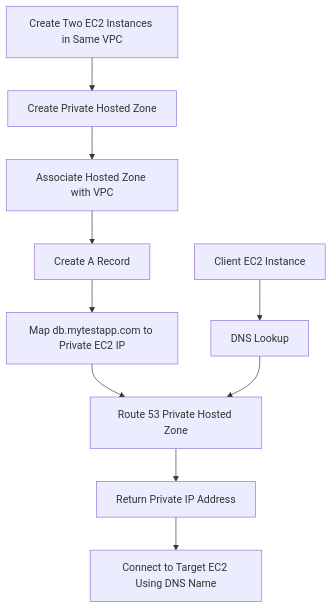
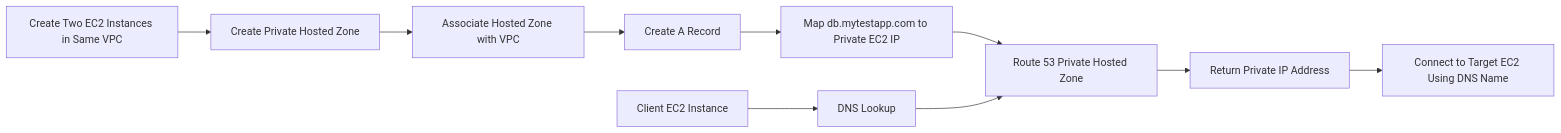
One commit to Viggy06/aws_devops_learning_documentation changed the diagram in docs/projects/17-route53-private-dns.md. Above: the diagram before and after it, drawn with Mermaid. The commit also changed other lines of this file and 18 other files, not shown here.

````diff
--- a/docs/projects/17-route53-private-dns.md
+++ b/docs/projects/17-route53-private-dns.md
@@ -19,15 +19,13 @@
 ```mermaid
-flowchart TD
+flowchart LR
     A["Create Two EC2 Instances in Same VPC"] --> B["Create Private Hosted Zone"]
     B --> C["Associate Hosted Zone with VPC"]
     C --> D["Create A Record"]
     D --> E["Map db.mytestapp.com to Private EC2 IP"]
 
     F["Client EC2 Instance"] --> G["DNS Lookup"]
-
     E --> H["Route 53 Private Hosted Zone"]
     G --> H
-
     H --> I["Return Private IP Address"]
     I --> J["Connect to Target EC2 Using DNS Name"]
 ```
````
